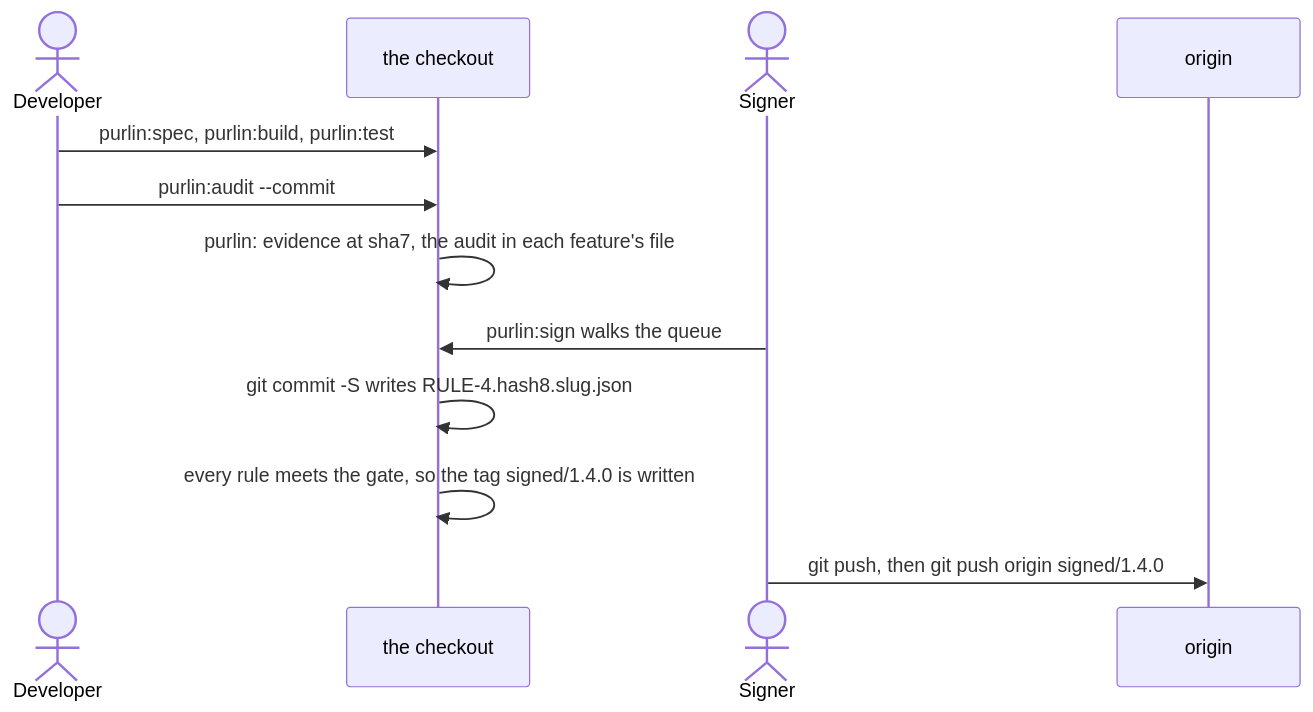
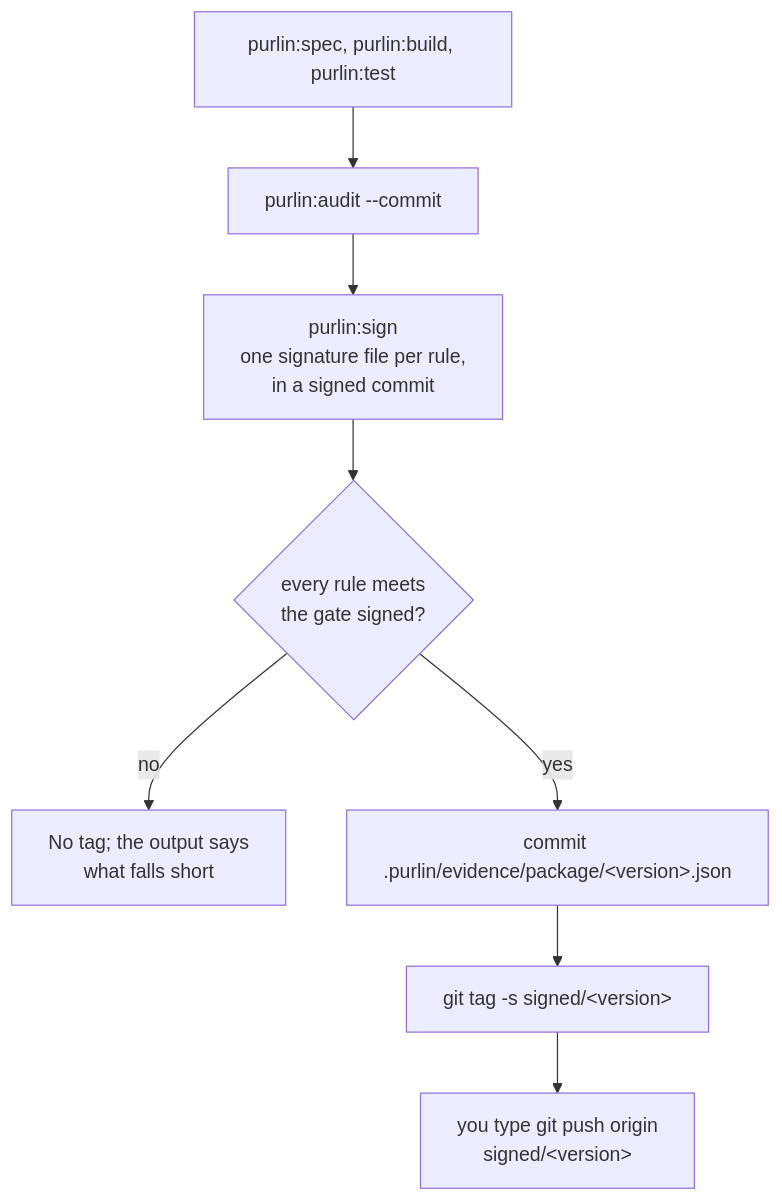
Before and after one commit to rlabarca/purlin: the diagram in docs/regulated-workflow.md, drawn with Mermaid. The commit also changed other lines of this file, not shown here.

Commit message:
docs: the regulated workflow draws the loop on one machine, from the signed commit to the tag and the push
Claude-Session: https://claude.ai/code/session_01EY16JPT1BcH9yMJU9cYMBw

````diff
--- a/docs/regulated-workflow.md
+++ b/docs/regulated-workflow.md
@@ -139,14 +139,10 @@
 ```mermaid
-sequenceDiagram
-    actor Developer
-    participant Tree as the checkout
-    actor Signer
-    participant Origin as origin
-    Developer->>Tree: purlin:spec, purlin:build, purlin:test
-    Developer->>Tree: purlin:audit --commit
-    Tree->>Tree: purlin: evidence at sha7, the audit in each feature's file
-    Signer->>Tree: purlin:sign walks the queue
-    Tree->>Tree: git commit -S writes RULE-4.hash8.slug.json
-    Tree->>Tree: every rule meets the gate, so the tag signed/1.4.0 is written
-    Signer->>Origin: git push, then git push origin signed/1.4.0
+flowchart TD
+    W["purlin:spec, purlin:build, purlin:test"] --> A["purlin:audit --commit"]
+    A --> S["purlin:sign<br>one signature file per rule,<br>in a signed commit"]
+    S --> G{"every rule meets<br>the gate signed?"}
+    G -->|no| N["No tag; the output says<br>what falls short"]
+    G -->|yes| P["commit .purlin/evidence/package/#lt;version#gt;.json"]
+    P --> T["git tag -s signed/#lt;version#gt;"]
+    T --> U["you type git push origin<br>signed/#lt;version#gt;"]
 ```
````
